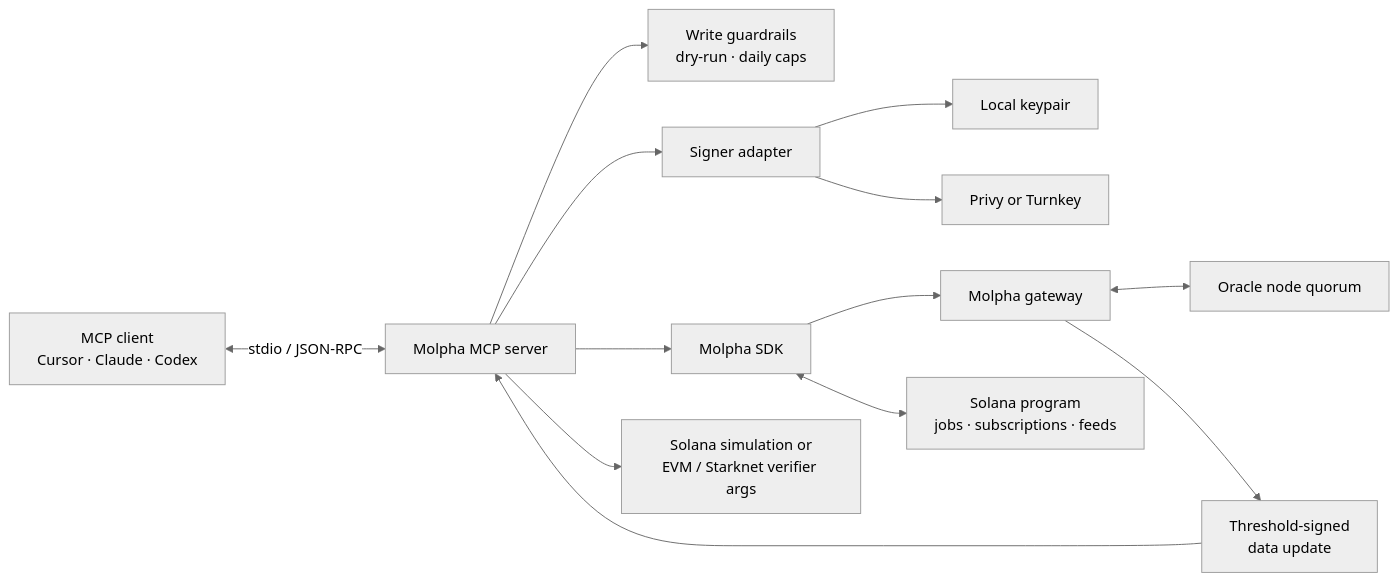
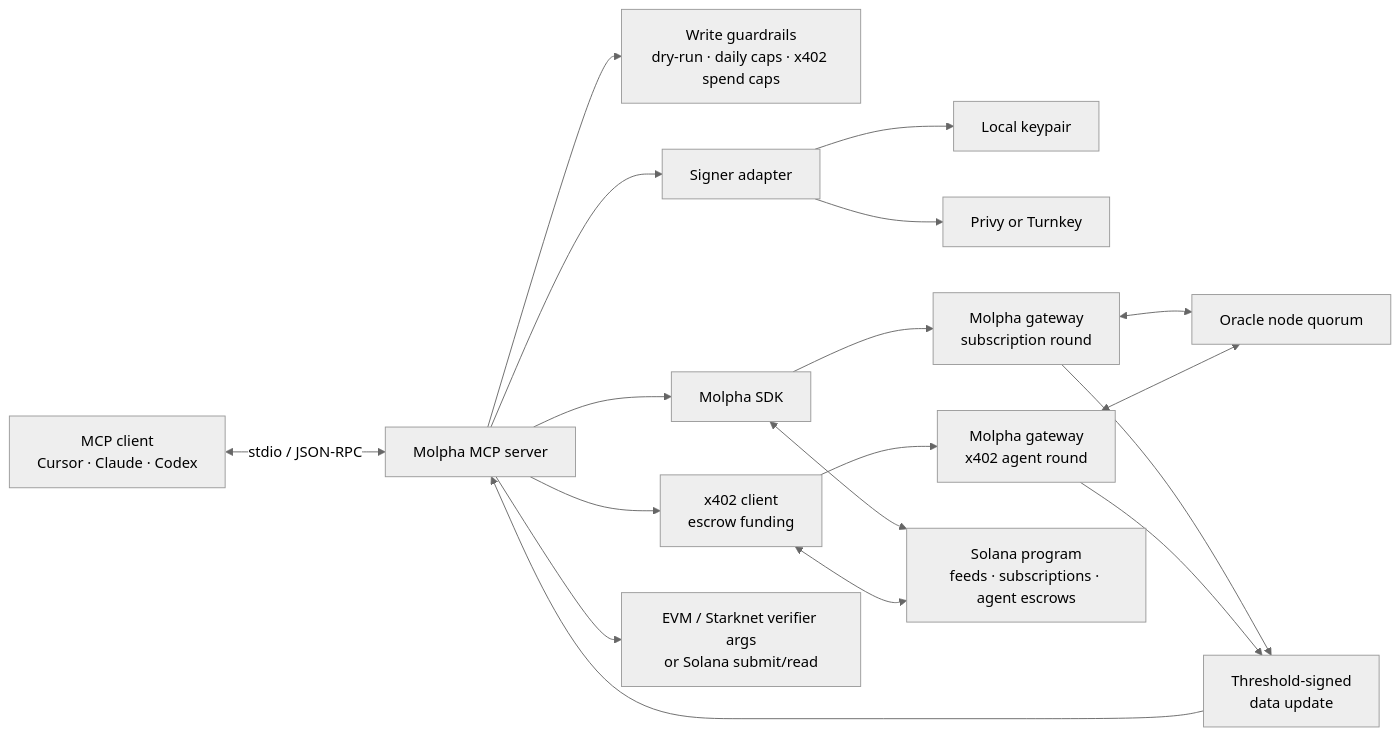
Before and after one commit to molpha/docs: the diagram in mcp/molpha-mcp.mdx, drawn with Mermaid (neutral theme). The commit also changed other lines of this file and 42 other files, not shown here.

````diff
--- a/mcp/molpha-mcp.mdx
+++ b/mcp/molpha-mcp.mdx
@@ -35,15 +48,20 @@
 ```mermaid
 flowchart LR
     Client["MCP client<br/>Cursor · Claude · Codex"] <-->|"stdio / JSON-RPC"| Server["Molpha MCP server"]
-    Server --> Guardrails["Write guardrails<br/>dry-run · daily caps"]
+    Server --> Guardrails["Write guardrails<br/>dry-run · daily caps · x402 spend caps"]
     Server --> Signer["Signer adapter"]
     Signer --> Local["Local keypair"]
     Signer --> Hosted["Privy or Turnkey"]
     Server --> SDK["Molpha SDK"]
-    SDK --> Gateway["Molpha gateway"]
+    Server --> X402["x402 client<br/>escrow funding"]
+    SDK --> Gateway["Molpha gateway<br/>subscription round"]
+    X402 --> Gateway2["Molpha gateway<br/>x402 agent round"]
     Gateway <--> Nodes["Oracle node quorum"]
-    SDK <--> Solana["Solana program<br/>jobs · subscriptions · feeds"]
+    Gateway2 <--> Nodes
+    SDK <--> Solana["Solana program<br/>feeds · subscriptions · agent escrows"]
+    X402 <--> Solana
     Gateway --> Artifact["Threshold-signed<br/>data update"]
+    Gateway2 --> Artifact
     Artifact --> Server
-    Server --> Verify["Solana simulation or<br/>EVM / Starknet verifier args"]
+    Server --> Verify["EVM / Starknet verifier args<br/>or Solana submit/read"]
 ```
````
